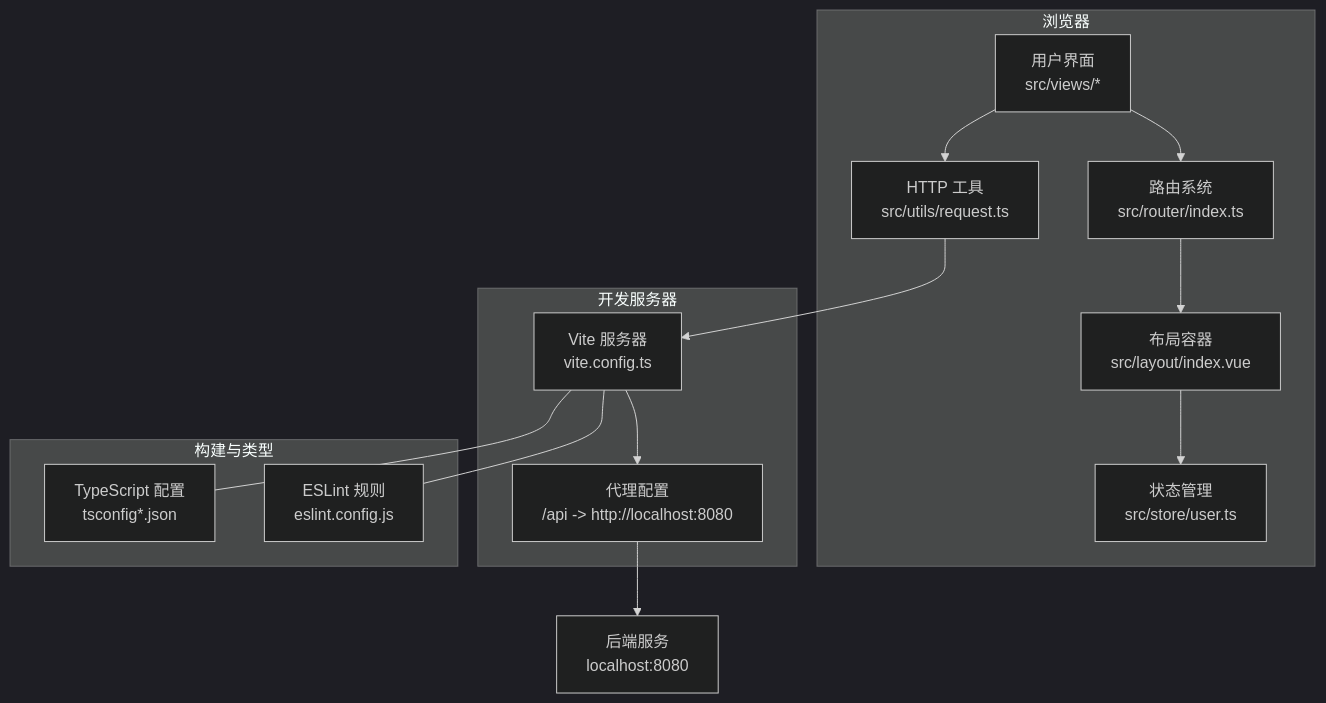
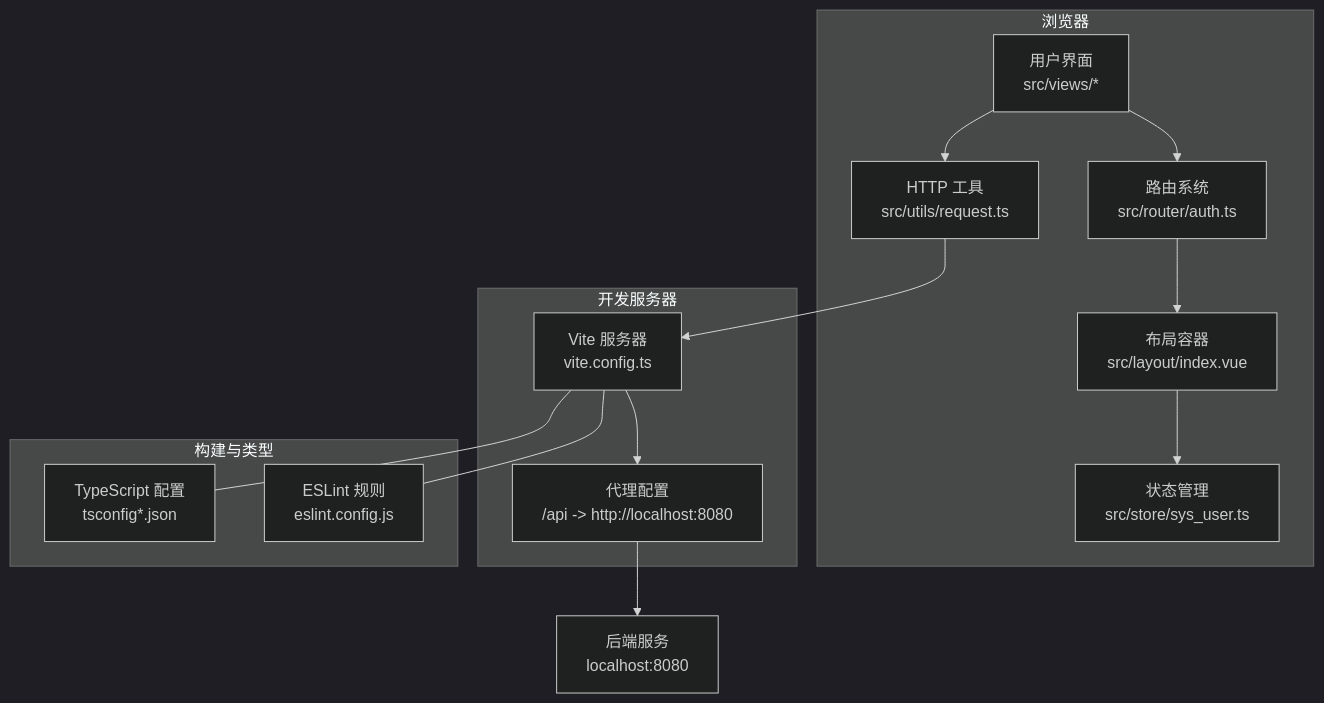
Before and after one commit to qiseyun/vue-ts-admin: the second of 2 diagrams in .qoder/repowiki/zh/content/快速开始.md, drawn with Mermaid (dark theme). The commit also changed other lines of this file and 42 other files, not shown here.

````diff
--- a/.qoder/repowiki/zh/content/快速开始.md
+++ b/.qoder/repowiki/zh/content/快速开始.md
@@ -110,22 +110,22 @@
 ```mermaid
 graph TB
 subgraph "浏览器"
-U["用户界面<br/>src/views/*"] --> R["路由系统<br/>src/router/index.ts"]
+U["用户界面<br/>src/views/*"] --> R["路由系统<br/>src/router/auth.ts"]
 R --> L["布局容器<br/>src/layout/index.vue"]
-L --> S["状态管理<br/>src/store/user.ts"]
+L --> S["状态管理<br/>src/store/sys_user.ts"]
 U --> X["HTTP 工具<br/>src/utils/request.ts"]
 end
 subgraph "开发服务器"
 V["Vite 服务器<br/>vite.config.ts"]
 P["代理配置<br/>/api -> http://localhost:8080"]
 end
 X --> V
 V --> P
 P --> BE["后端服务<br/>localhost:8080"]
 subgraph "构建与类型"
 TS["TypeScript 配置<br/>tsconfig*.json"]
 ESL["ESLint 规则<br/>eslint.config.js"]
 end
 V --- TS
 V --- ESL
 ```
````
